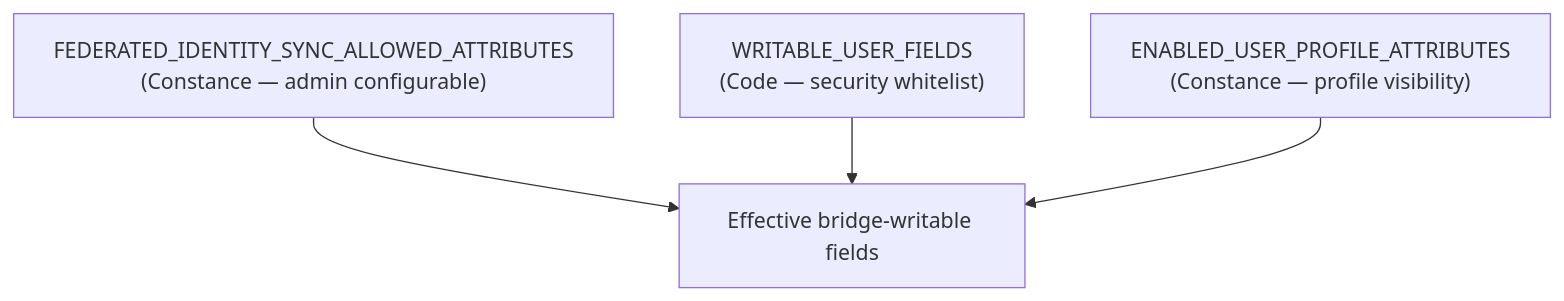
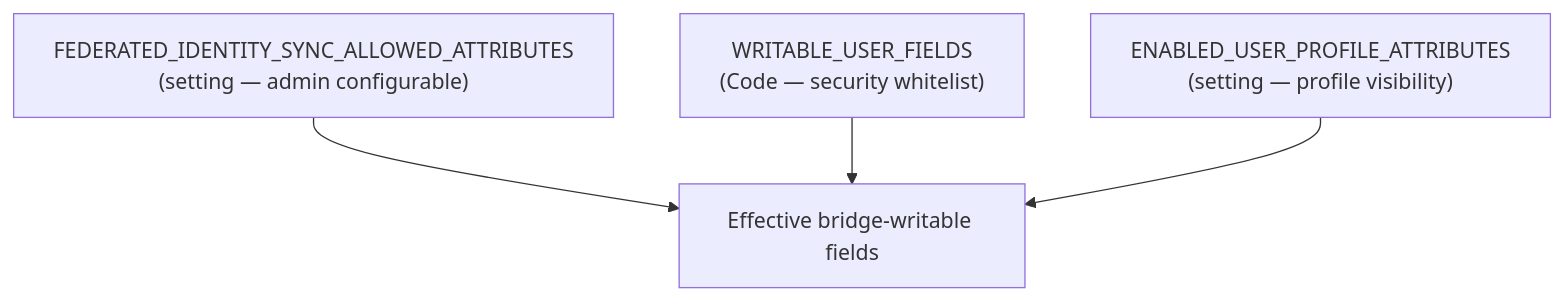
Before and after one commit to waldur/waldur-docs: the fifth of 9 diagrams in docs/developer-guide/identity-bridge.md, drawn with Mermaid. The commit also changed other lines of this file and 103 other files, not shown here.

````diff
--- a/docs/developer-guide/identity-bridge.md
+++ b/docs/developer-guide/identity-bridge.md
@@ -190,11 +190,11 @@
 ```mermaid
 flowchart TD
-    A["FEDERATED_IDENTITY_SYNC_ALLOWED_ATTRIBUTES\n(Constance — admin configurable)"]
+    A["FEDERATED_IDENTITY_SYNC_ALLOWED_ATTRIBUTES\n(setting — admin configurable)"]
     B["WRITABLE_USER_FIELDS\n(Code — security whitelist)"]
-    C["ENABLED_USER_PROFILE_ATTRIBUTES\n(Constance — profile visibility)"]
+    C["ENABLED_USER_PROFILE_ATTRIBUTES\n(setting — profile visibility)"]
     D["Effective bridge-writable fields"]
 
     A --> D
     B --> D
     C --> D
 ```
````
